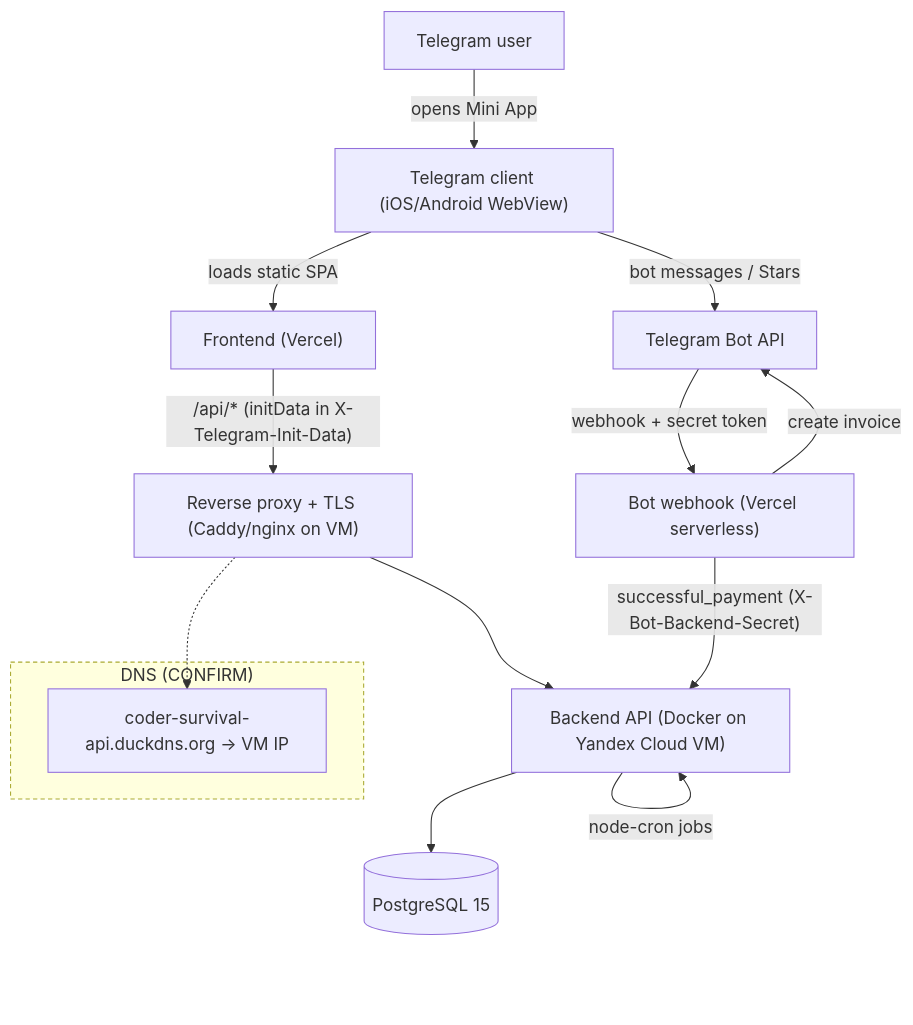
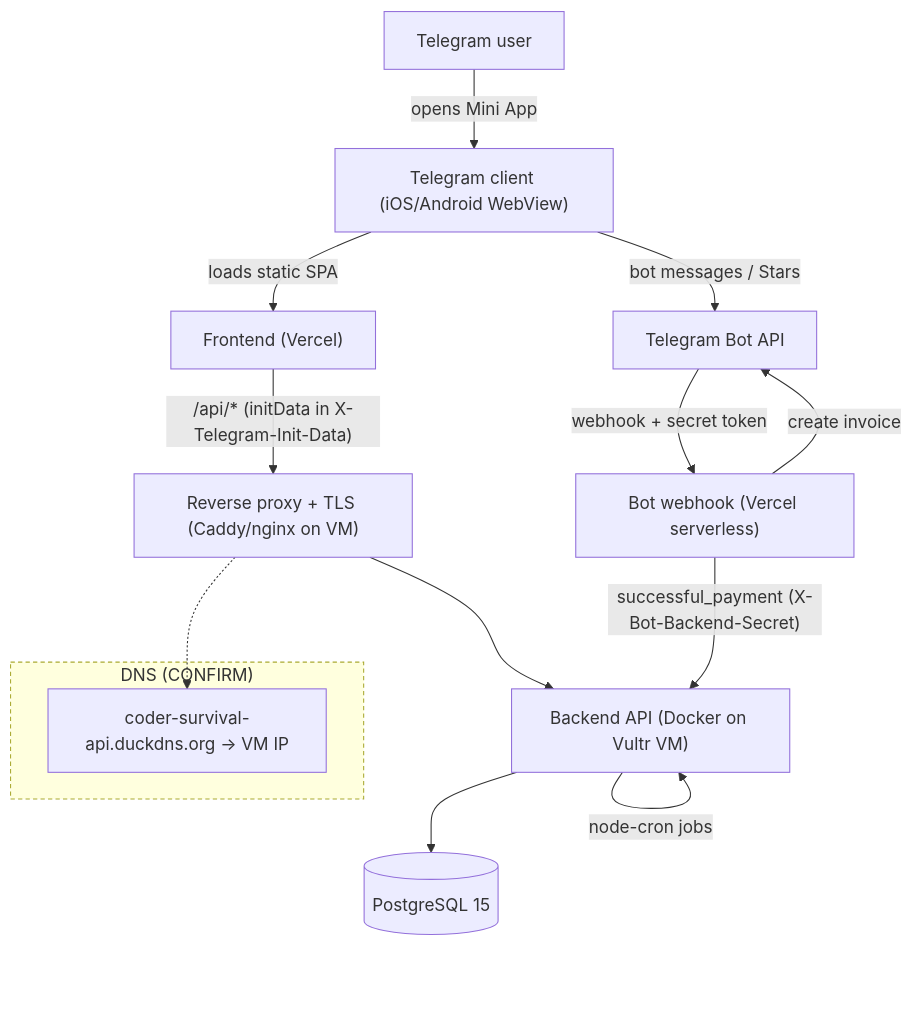
One commit to timoshinoleg-eng/coder_survival changed the diagram in docs/CURRENT_ARCHITECTURE.md. Above: the diagram before and after it, drawn with Mermaid. The commit also changed other lines of this file and 39 other files, not shown here.

````diff
--- a/docs/CURRENT_ARCHITECTURE.md
+++ b/docs/CURRENT_ARCHITECTURE.md
@@ -36,24 +37,24 @@
 ```mermaid
 flowchart TD
   user["Telegram user"] -->|opens Mini App| tg["Telegram client (iOS/Android WebView)"]
   tg -->|loads static SPA| fe["Frontend (Vercel)"]
   tg -->|bot messages / Stars| botapi["Telegram Bot API"]
 
   fe -->|"/api/* (initData in X-Telegram-Init-Data)"| proxy["Reverse proxy + TLS (Caddy/nginx on VM)"]
   botapi -->|webhook + secret token| botfn["Bot webhook (Vercel serverless)"]
 
-  proxy --> be["Backend API (Docker on Yandex Cloud VM)"]
+  proxy --> be["Backend API (Docker on Vultr VM)"]
   botfn -->|create invoice| botapi
   botfn -->|"successful_payment (X-Bot-Backend-Secret)"| be
 
   be --> pg[("PostgreSQL 15")]
   be -->|node-cron jobs| be
 
   subgraph dns["DNS (CONFIRM)"]
     duck["coder-survival-api.duckdns.org → VM IP"]
   end
   proxy -.-> duck
 
   classDef confirm stroke-dasharray: 4 3;
   class dns confirm;
 ```
````
